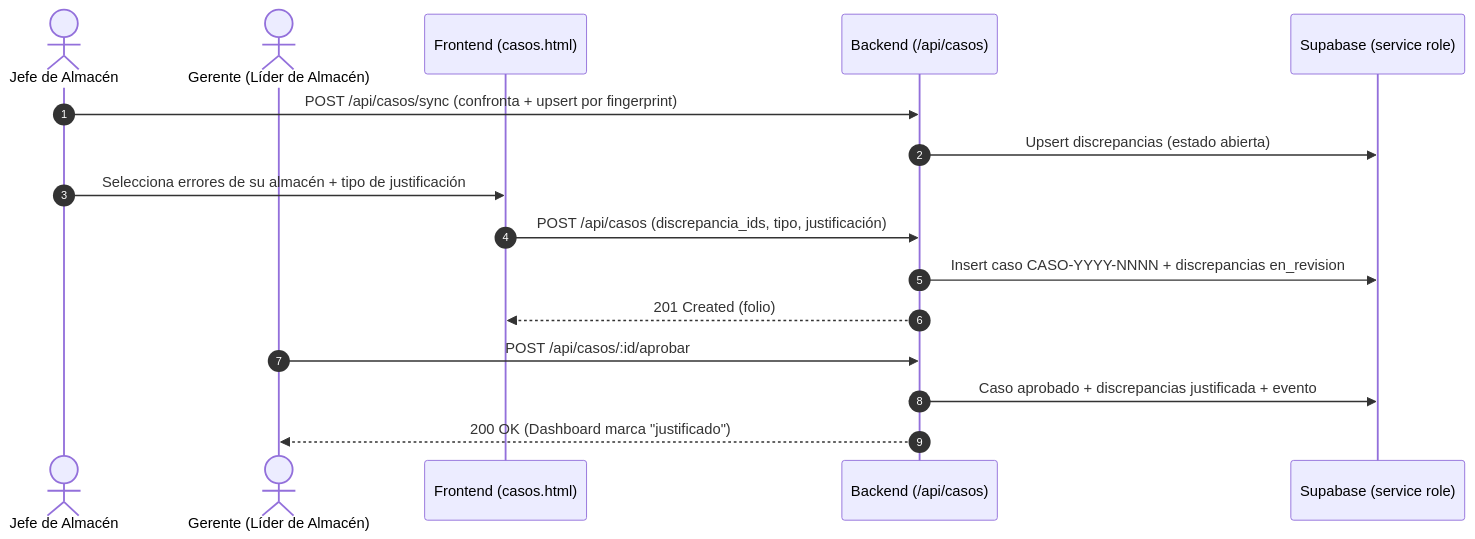
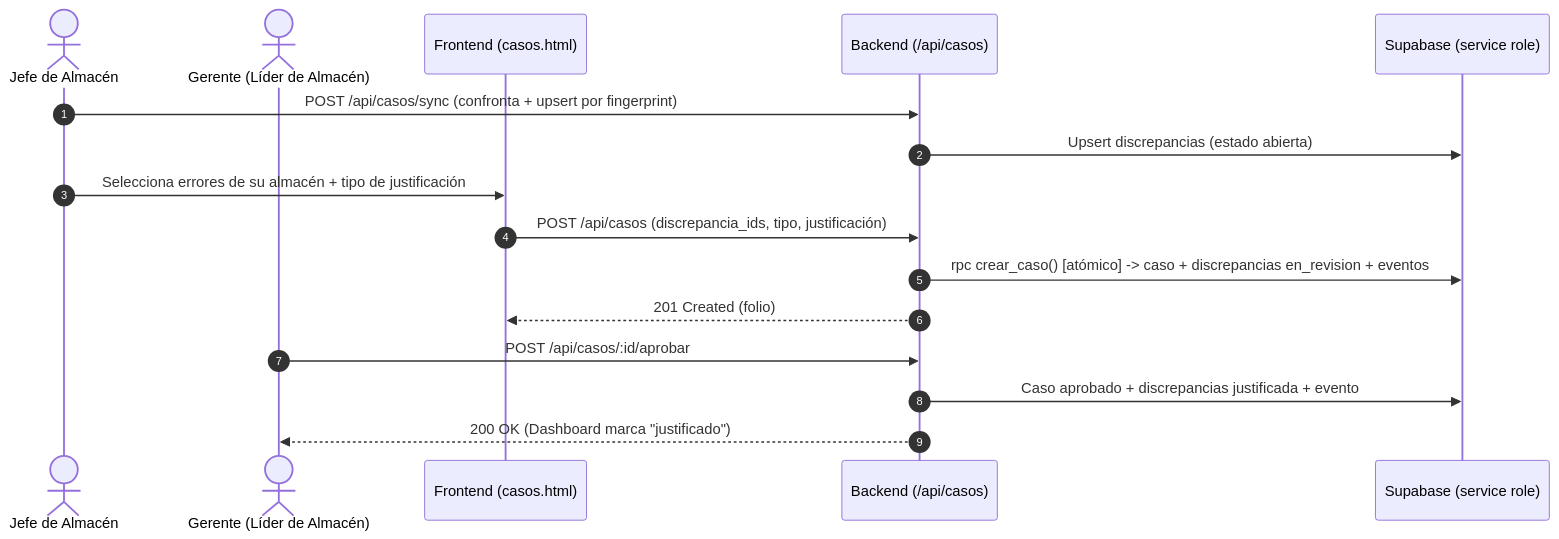
One commit to AuxSistemasMarblock/WMS changed the fourth of 4 diagrams in DOCUMENTATION.md. Above: the diagram before and after it, drawn with Mermaid. The commit also changed other lines of this file and 2 other files, not shown here.

First line of the commit message:
refactor(casos): persistencia a casosService y creacion atomica via RPC

````diff
--- a/DOCUMENTATION.md
+++ b/DOCUMENTATION.md
@@ -508,19 +510,19 @@
 ```mermaid
 sequenceDiagram
     autonumber
     actor Jefe as Jefe de Almacén
     actor Gerente as Gerente (Líder de Almacén)
     participant UI as Frontend (casos.html)
     participant Back as Backend (/api/casos)
     participant DB as Supabase (service role)
 
     Jefe->>Back: POST /api/casos/sync (confronta + upsert por fingerprint)
     Back->>DB: Upsert discrepancias (estado abierta)
     Jefe->>UI: Selecciona errores de su almacén + tipo de justificación
     UI->>Back: POST /api/casos (discrepancia_ids, tipo, justificación)
-    Back->>DB: Insert caso CASO-YYYY-NNNN + discrepancias en_revision
+    Back->>DB: rpc crear_caso() [atómico] -> caso + discrepancias en_revision + eventos
     Back-->>UI: 201 Created (folio)
     Gerente->>Back: POST /api/casos/:id/aprobar
     Back->>DB: Caso aprobado + discrepancias justificada + evento
     Back-->>Gerente: 200 OK (Dashboard marca "justificado")
 ```
````
